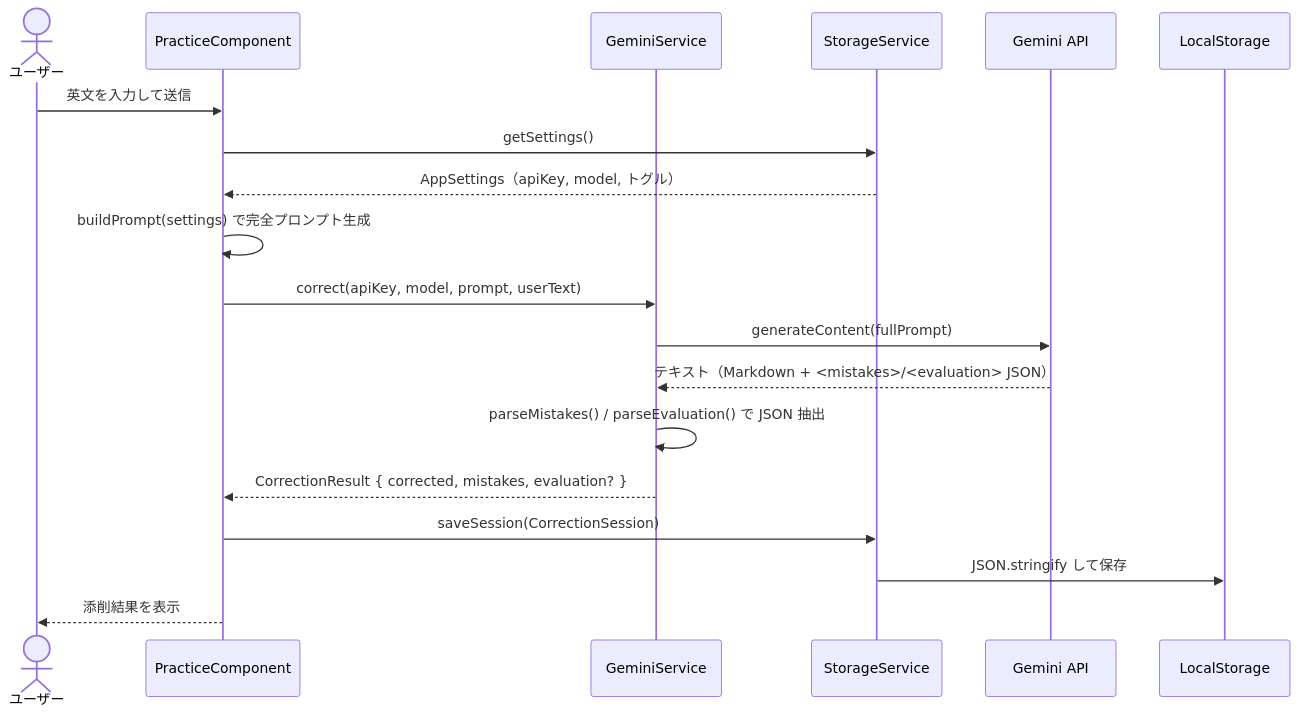
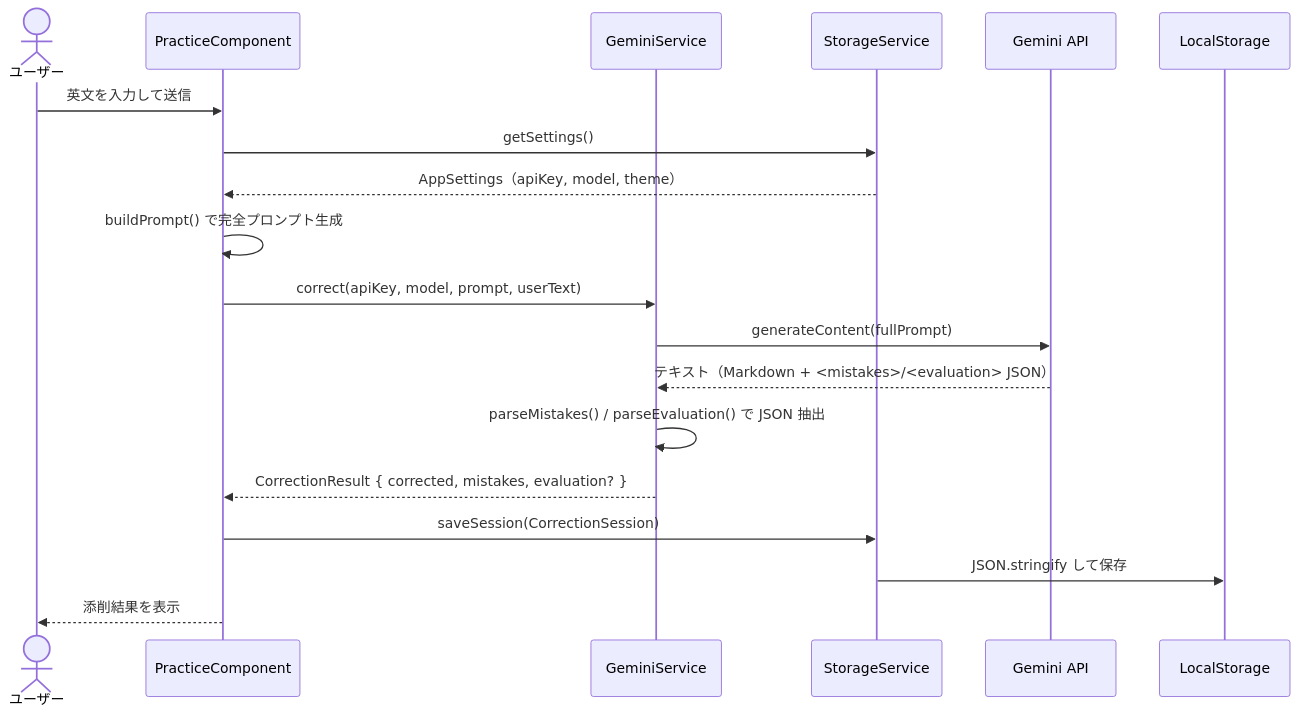
The second of 5 diagrams in ARCHITECTURE.md (rmatsuo-jp/study-english), drawn with Mermaid before and after one commit. The commit also changed other lines of this file and 10 other files, not shown here.

````diff
--- a/ARCHITECTURE.md
+++ b/ARCHITECTURE.md
@@ -54,22 +54,22 @@
 ```mermaid
 sequenceDiagram
     actor User as ユーザー
     participant P as PracticeComponent
     participant G as GeminiService
     participant S as StorageService
     participant API as Gemini API
     participant LS as LocalStorage
 
     User->>P: 英文を入力して送信
     P->>S: getSettings()
-    S-->>P: AppSettings（apiKey, model, トグル）
-    P->>P: buildPrompt(settings) で完全プロンプト生成
+    S-->>P: AppSettings（apiKey, model, theme）
+    P->>P: buildPrompt() で完全プロンプト生成
     P->>G: correct(apiKey, model, prompt, userText)
     G->>API: generateContent(fullPrompt)
     API-->>G: テキスト（Markdown + <mistakes>/<evaluation> JSON）
     G->>G: parseMistakes() / parseEvaluation() で JSON 抽出
     G-->>P: CorrectionResult { corrected, mistakes, evaluation? }
     P->>S: saveSession(CorrectionSession)
     S->>LS: JSON.stringify して保存
     P-->>User: 添削結果を表示
 ```
````
